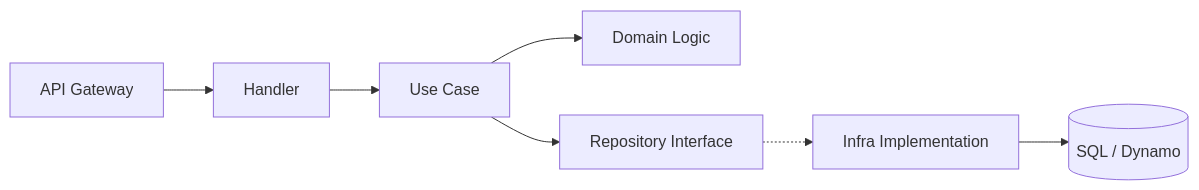
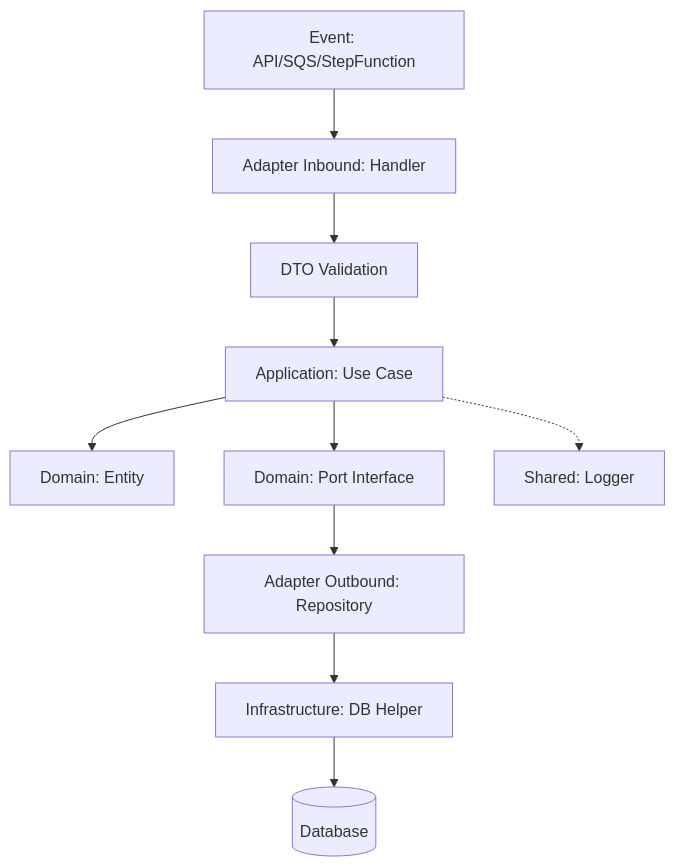
The diagram in docs/HEXAGONAL.md (EnriAnC/aws-sam-hexagonal-starter), drawn with Mermaid before and after one commit. The commit also changed other lines of this file and 17 other files, not shown here.

Commit message:
feat: complement hexagonal architecture for the sales module, introducing new handlers, use cases, domain services, a shared logger, and updated infrastructure configurations.

````diff
--- a/docs/HEXAGONAL.md
+++ b/docs/HEXAGONAL.md
@@ -42,9 +42,12 @@
 ```mermaid
-graph LR
-    API[API Gateway] --> H[Handler]
-    H --> UC[Use Case]
-    UC --> D[Domain Logic]
-    UC --> R[Repository Interface]
-    R -.-> IR[Infra Implementation]
-    IR --> DB[(SQL / Dynamo)]
+graph TD
+    AWS[Event: API/SQS/StepFunction] --> IN[Adapter Inbound: Handler]
+    IN --> VAL[DTO Validation]
+    VAL --> UC[Application: Use Case]
+    UC --> ENT[Domain: Entity]
+    UC --> PRT[Domain: Port Interface]
+    PRT --> OUT[Adapter Outbound: Repository]
+    OUT --> INF[Infrastructure: DB Helper]
+    INF --> DB[(Database)]
+    UC -.-> LOG[Shared: Logger]
 ```
````
